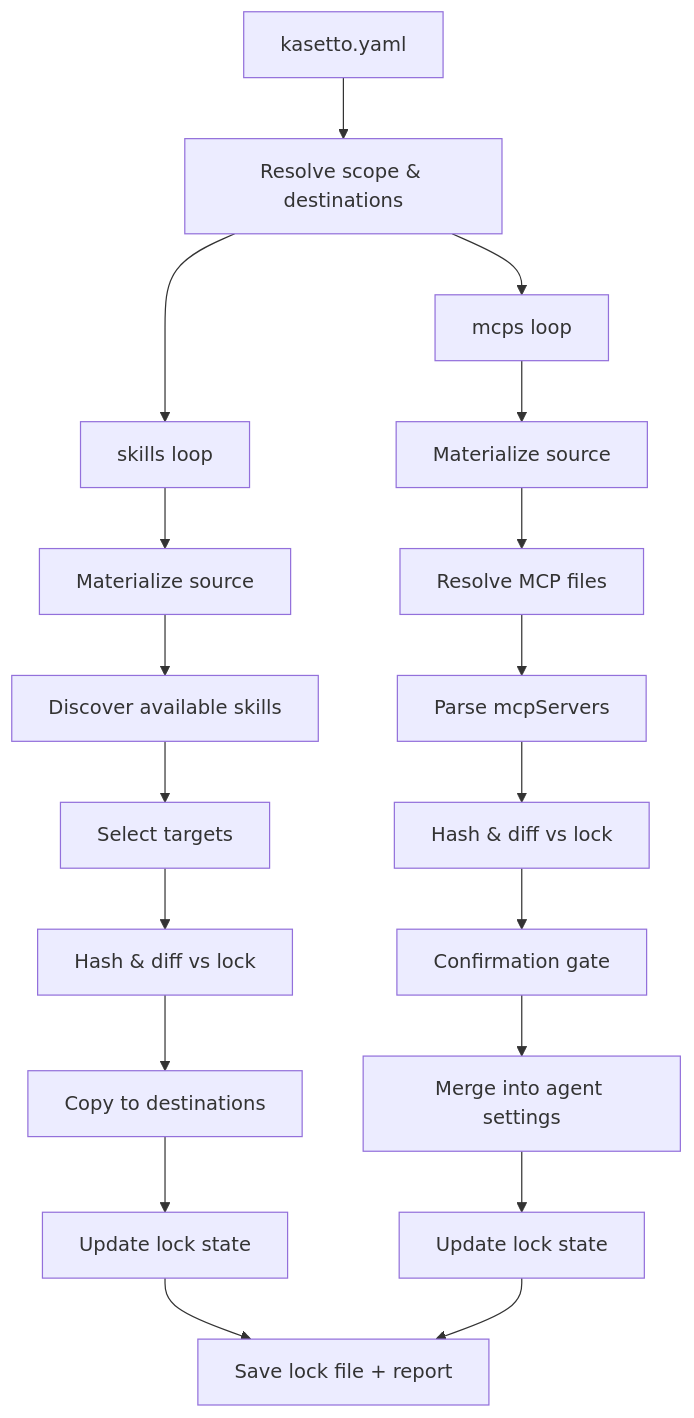
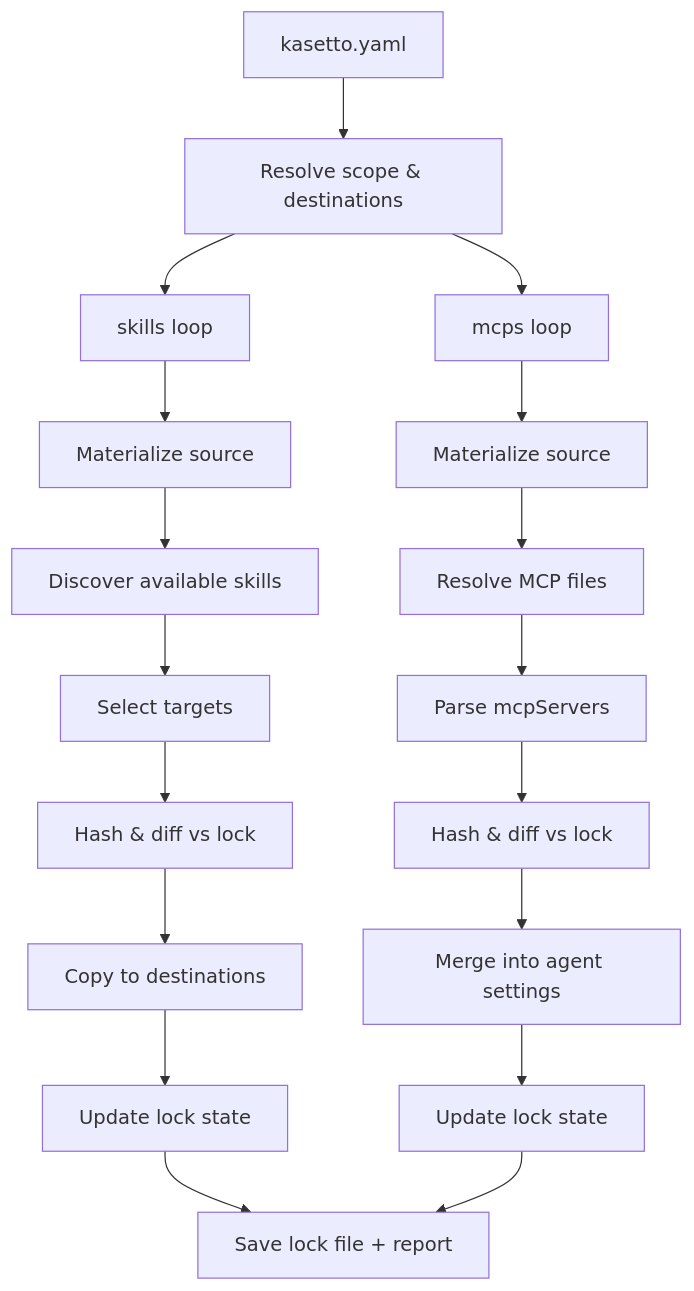
One commit to FlexNetOS/kasetto changed the first of 10 diagrams in site/content/docs/sync-flow.mdx. Above: the diagram before and after it, drawn with Mermaid. The commit also changed other lines of this file and 4 other files, not shown here.

````diff
--- a/site/content/docs/sync-flow.mdx
+++ b/site/content/docs/sync-flow.mdx
@@ -12,24 +12,23 @@
 ```mermaid
 flowchart TD
     A[kasetto.yaml] --> B[Resolve scope & destinations]
     B --> C[skills loop]
     B --> D[mcps loop]
 
     C --> C1[Materialize source]
     C1 --> C2[Discover available skills]
     C2 --> C3[Select targets]
     C3 --> C4[Hash & diff vs lock]
     C4 --> C5[Copy to destinations]
     C5 --> C6[Update lock state]
 
     D --> D1[Materialize source]
     D1 --> D2[Resolve MCP files]
     D2 --> D3[Parse mcpServers]
     D3 --> D4[Hash & diff vs lock]
-    D4 --> D5[Confirmation gate]
-    D5 --> D6[Merge into agent settings]
+    D4 --> D6[Merge into agent settings]
     D6 --> D7[Update lock state]
 
     C6 --> E[Save lock file + report]
     D7 --> E
 ```
````
